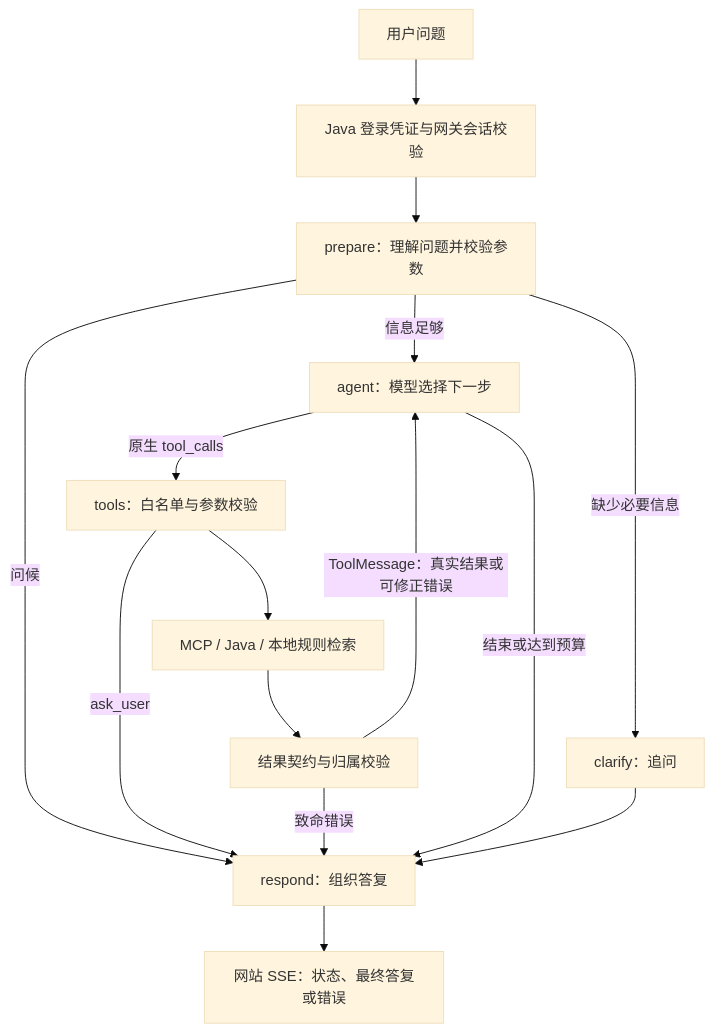
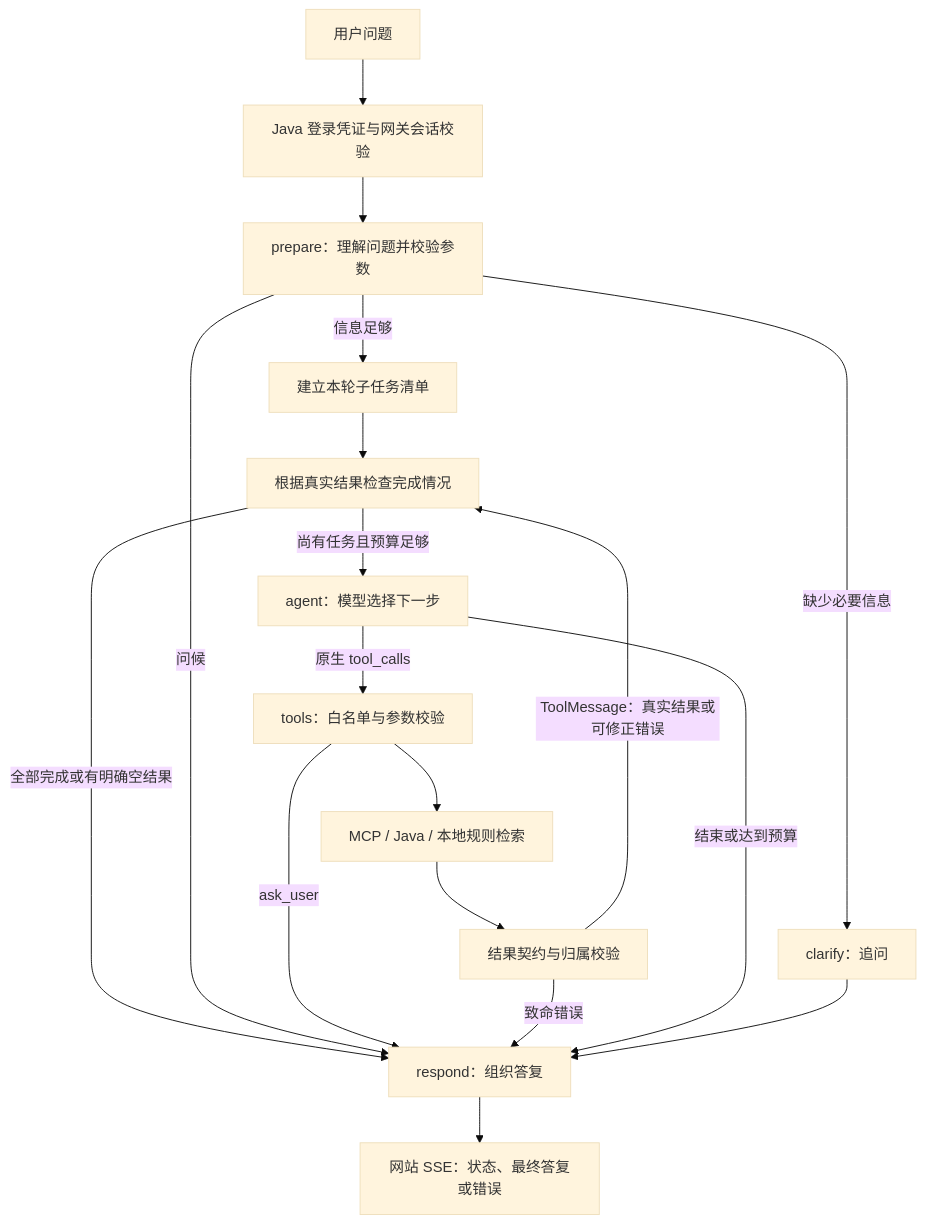
One commit to roxy1103200/AI-Project changed the diagram in docs/agent-react-flow.md. Above: the diagram before and after it, drawn with Mermaid (base theme). The commit also changed other lines of this file and 50 other files, not shown here.

````diff
--- a/docs/agent-react-flow.md
+++ b/docs/agent-react-flow.md
@@ -11,17 +11,20 @@
 ```mermaid
 flowchart TD
     U[用户问题] --> G[Java 登录凭证与网关会话校验]
     G --> P[prepare：理解问题并校验参数]
     P -->|缺少必要信息| C[clarify：追问]
-    P -->|信息足够| A[agent：模型选择下一步]
+    P -->|信息足够| Q[建立本轮子任务清单]
+    Q --> K[根据真实结果检查完成情况]
+    K -->|全部完成或有明确空结果| R
+    K -->|尚有任务且预算足够| A[agent：模型选择下一步]
     P -->|问候| R[respond：组织答复]
     A -->|原生 tool_calls| T[tools：白名单与参数校验]
     T --> X[MCP / Java / 本地规则检索]
     X --> V[结果契约与归属校验]
-    V -->|ToolMessage：真实结果或可修正错误| A
+    V -->|ToolMessage：真实结果或可修正错误| K
     T -->|ask_user| R
     V -->|致命错误| R
     A -->|结束或达到预算| R
     C --> R
     R --> S[网站 SSE：状态、最终答复或错误]
 ```
````
